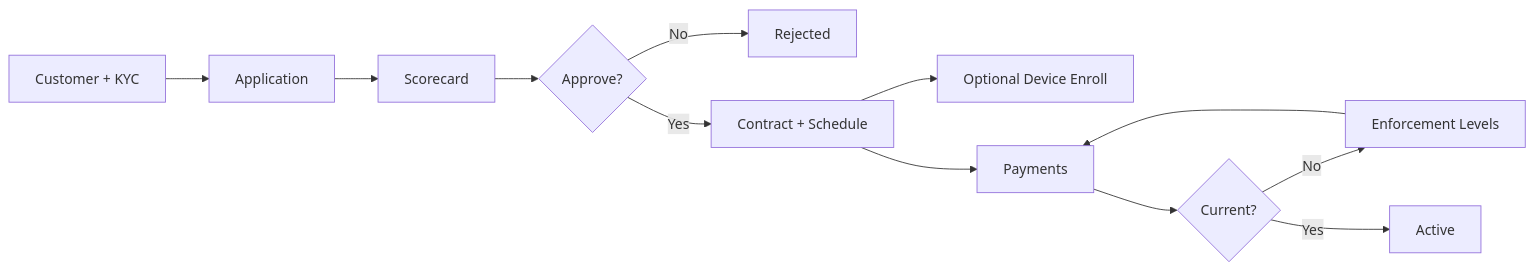
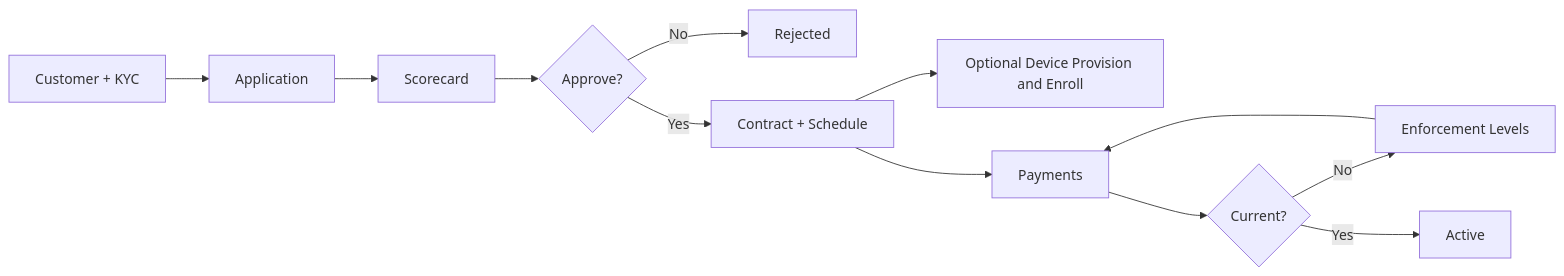
The diagram in docs/product/USER-JOURNEY.md (bigboss27051/mobile-installment-platform), drawn with Mermaid before and after one commit. The commit also changed other lines of this file and 50 other files, not shown here.

````diff
--- a/docs/product/USER-JOURNEY.md
+++ b/docs/product/USER-JOURNEY.md
@@ -88,14 +100,14 @@
 ```mermaid
 flowchart LR
   A[Customer + KYC] --> B[Application]
   B --> C[Scorecard]
   C --> D{Approve?}
   D -->|No| E[Rejected]
   D -->|Yes| F[Contract + Schedule]
-  F --> G[Optional Device Enroll]
+  F --> G[Optional Device Provision and Enroll]
   F --> H[Payments]
   H --> I{Current?}
   I -->|No| J[Enforcement Levels]
   I -->|Yes| K[Active]
   J --> H
 ```
````
